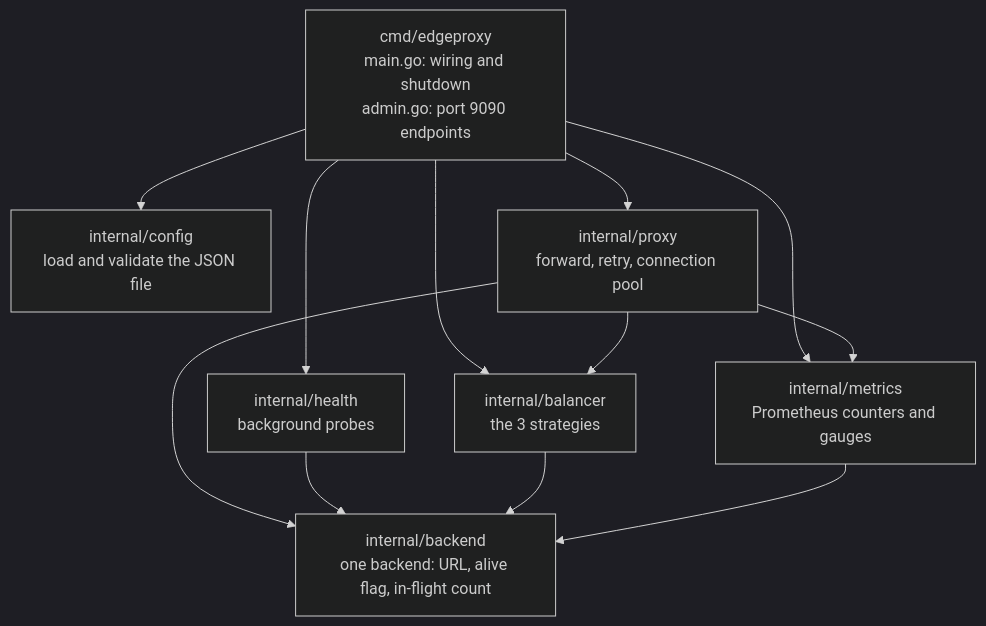
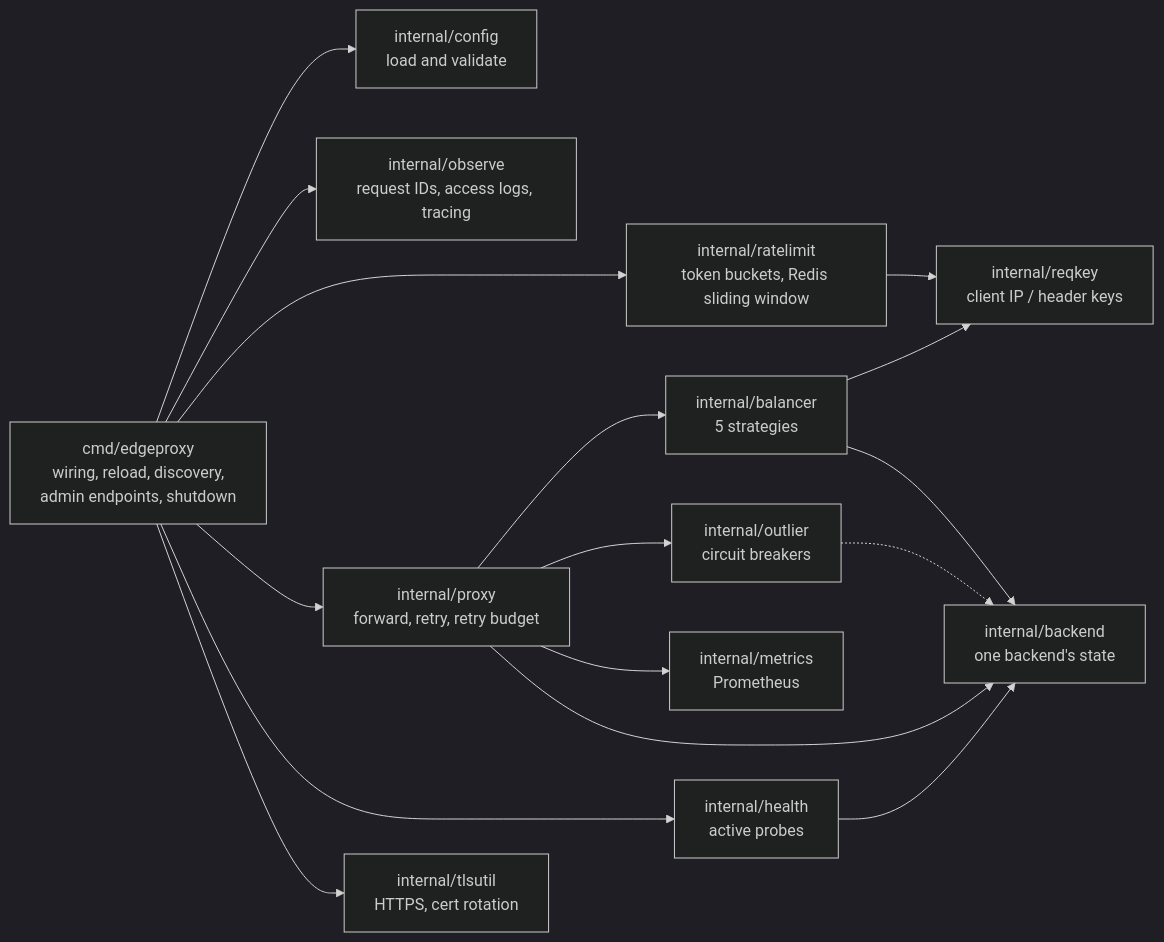
Before and after one commit to pavanaditya123/edgeproxy: diagram 16 of 19 in README.md, drawn with Mermaid (dark theme). The commit also changed other lines of this file, not shown here.

````diff
--- a/README.md
+++ b/README.md
@@ -459,22 +749,31 @@
 ```mermaid
-flowchart TD
-    MAIN["cmd/edgeproxy<br/>main.go: wiring and shutdown<br/>admin.go: port 9090 endpoints"]
-    CFG["internal/config<br/>load and validate the JSON file"]
-    PX["internal/proxy<br/>forward, retry, connection pool"]
-    HC["internal/health<br/>background probes"]
-    BAL["internal/balancer<br/>the 3 strategies"]
-    MET["internal/metrics<br/>Prometheus counters and gauges"]
-    BE["internal/backend<br/>one backend: URL, alive flag, in-flight count"]
+flowchart LR
+    MAIN["cmd/edgeproxy<br/>wiring, reload, discovery,<br/>admin endpoints, shutdown"]
+    CFG["internal/config<br/>load and validate"]
+    OBS["internal/observe<br/>request IDs, access logs, tracing"]
+    RL["internal/ratelimit<br/>token buckets, Redis sliding window"]
+    PX["internal/proxy<br/>forward, retry, retry budget"]
+    HC["internal/health<br/>active probes"]
+    OD["internal/outlier<br/>circuit breakers"]
+    BAL["internal/balancer<br/>5 strategies"]
+    TLS["internal/tlsutil<br/>HTTPS, cert rotation"]
+    MET["internal/metrics<br/>Prometheus"]
+    KEY["internal/reqkey<br/>client IP / header keys"]
+    BE["internal/backend<br/>one backend's state"]
 
     MAIN --> CFG
+    MAIN --> OBS
+    MAIN --> RL
     MAIN --> PX
     MAIN --> HC
-    MAIN --> BAL
-    MAIN --> MET
+    MAIN --> TLS
     PX --> BAL
+    PX --> OD
     PX --> MET
-    PX --> BE
+    RL --> KEY
+    BAL --> KEY
     HC --> BE
     BAL --> BE
-    MET --> BE
+    OD -.-> BE
+    PX --> BE
 ```
````
